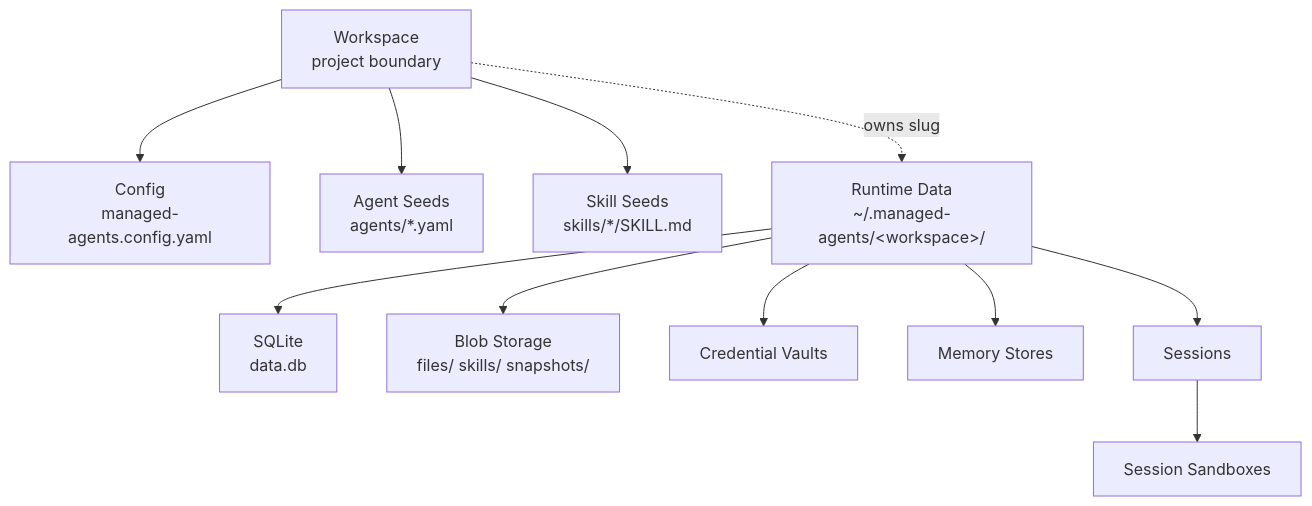
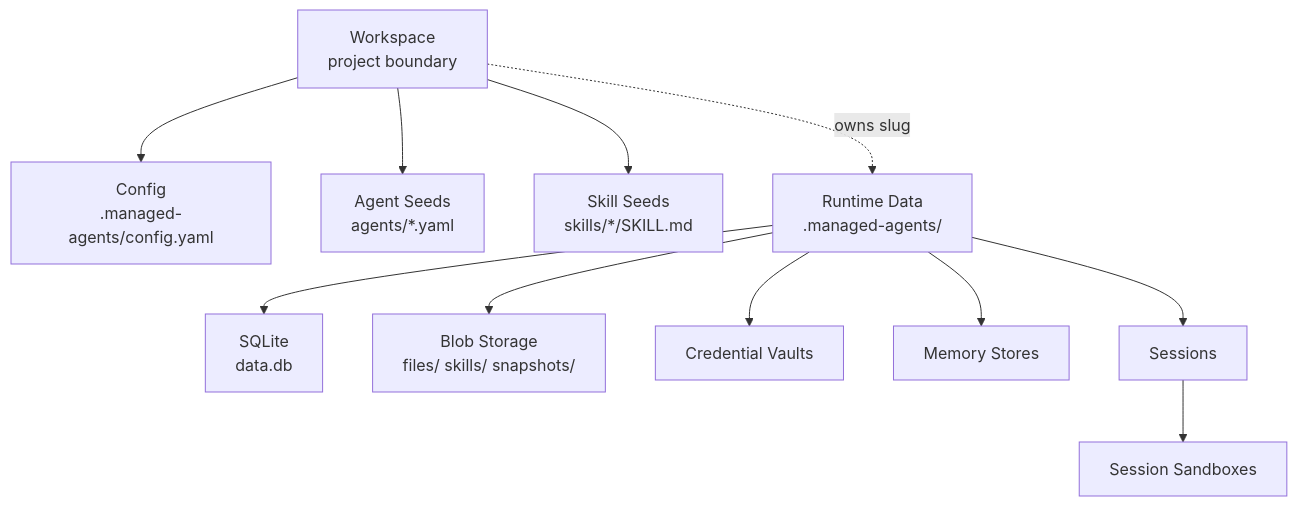
One commit to AllureCurtain/sandbase-harness changed the seventh of 8 diagrams in docs/spec/architecture.md. Above: the diagram before and after it, drawn with Mermaid. The commit also changed other lines of this file and 39 other files, not shown here.

Commit message:
Simplify workspace runtime configuration

````diff
--- a/docs/spec/architecture.md
+++ b/docs/spec/architecture.md
@@ -184,25 +184,25 @@
 ```mermaid
 graph TB
     Workspace["Workspace<br/>project boundary"]
-    Config["Config<br/>managed-agents.config.yaml"]
+    Config["Config<br/>.managed-agents/config.yaml"]
     Agents["Agent Seeds<br/>agents/*.yaml"]
     Skills["Skill Seeds<br/>skills/*/SKILL.md"]
-    RuntimeData["Runtime Data<br/>~/.managed-agents/&lt;workspace&gt;/"]
+    RuntimeData["Runtime Data<br/>.managed-agents/"]
     DB["SQLite<br/>data.db"]
     Files["Blob Storage<br/>files/ skills/ snapshots/"]
     Vaults["Credential Vaults"]
     Memory["Memory Stores"]
     Sessions["Sessions"]
     Sandboxes["Session Sandboxes"]
 
     Workspace --> Config
     Workspace --> Agents
     Workspace --> Skills
     Workspace -. owns slug .-> RuntimeData
     RuntimeData --> DB
     RuntimeData --> Files
     RuntimeData --> Vaults
     RuntimeData --> Memory
     RuntimeData --> Sessions
     Sessions --> Sandboxes
 ```
````
